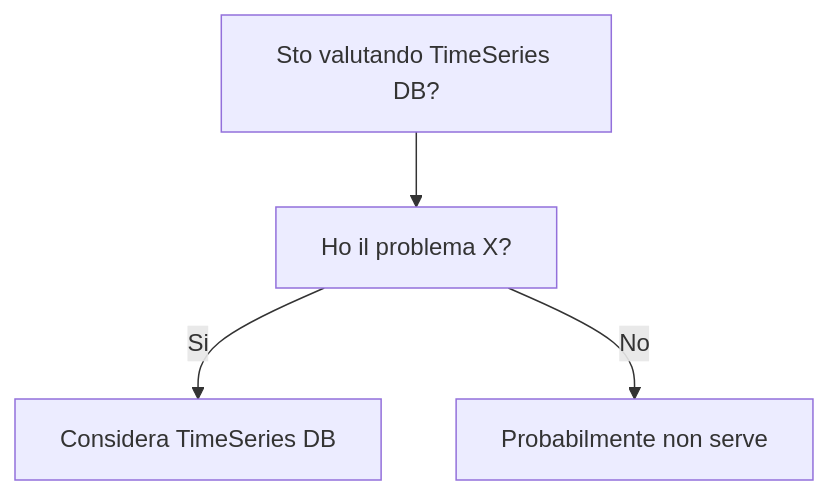
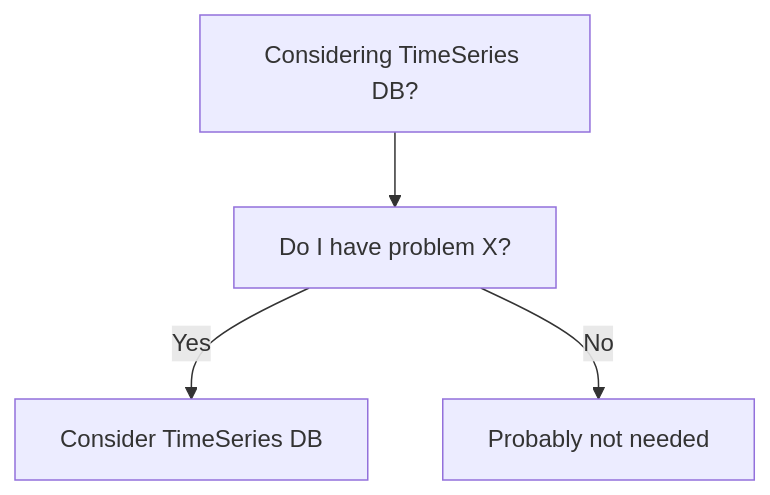
The diagram in dev-wiki/06_Data_Storage/TimeSeries_DB/When_To_Use.md (HxT9/Software-Dev-Wiki), drawn with Mermaid before and after one commit. The commit also changed other lines of this file and 3444 other files, not shown here.

````diff
--- a/dev-wiki/06_Data_Storage/TimeSeries_DB/When_To_Use.md
+++ b/dev-wiki/06_Data_Storage/TimeSeries_DB/When_To_Use.md
@@ -19,6 +19,6 @@
 ```mermaid
 flowchart TD
-  Q[Sto valutando TimeSeries DB?] --> Q1[Ho il problema X?]
-  Q1 -->|Si| OK[Considera TimeSeries DB]
-  Q1 -->|No| NO[Probabilmente non serve]
+  Q[Considering TimeSeries DB?] --> Q1[Do I have problem X?]
+  Q1 -->|Yes| OK[Consider TimeSeries DB]
+  Q1 -->|No| NO[Probably not needed]
 ```
````
